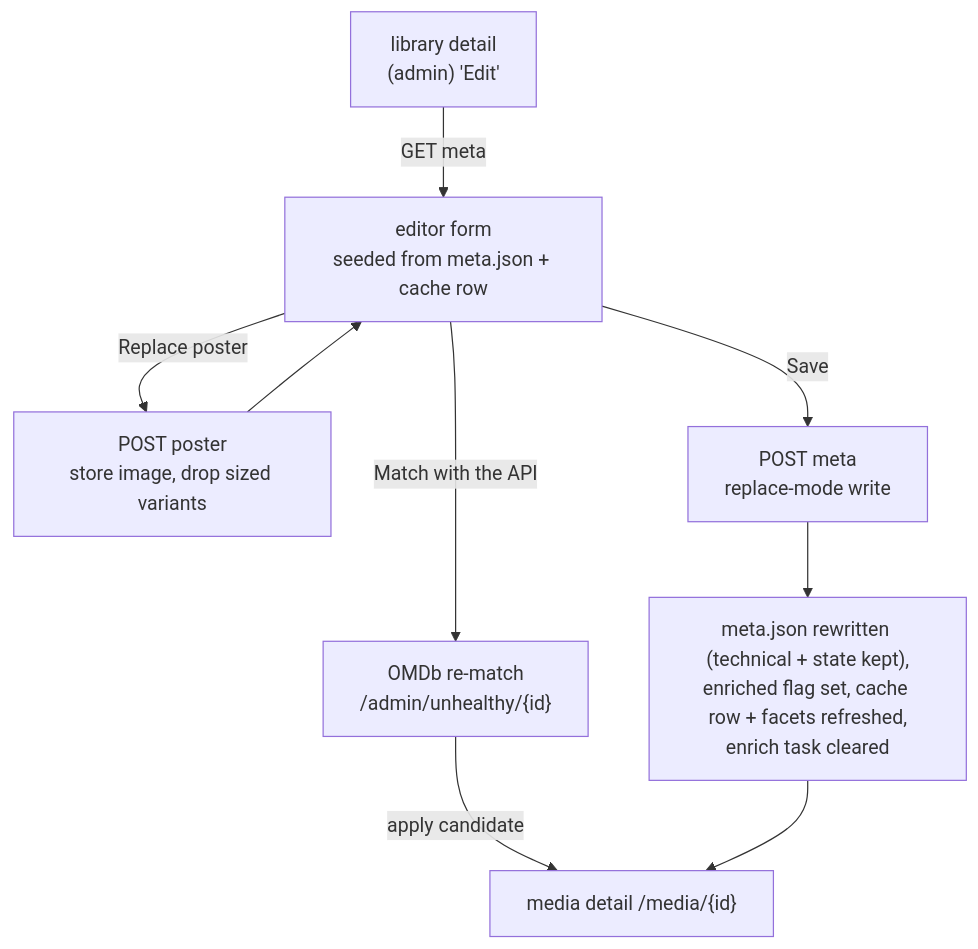
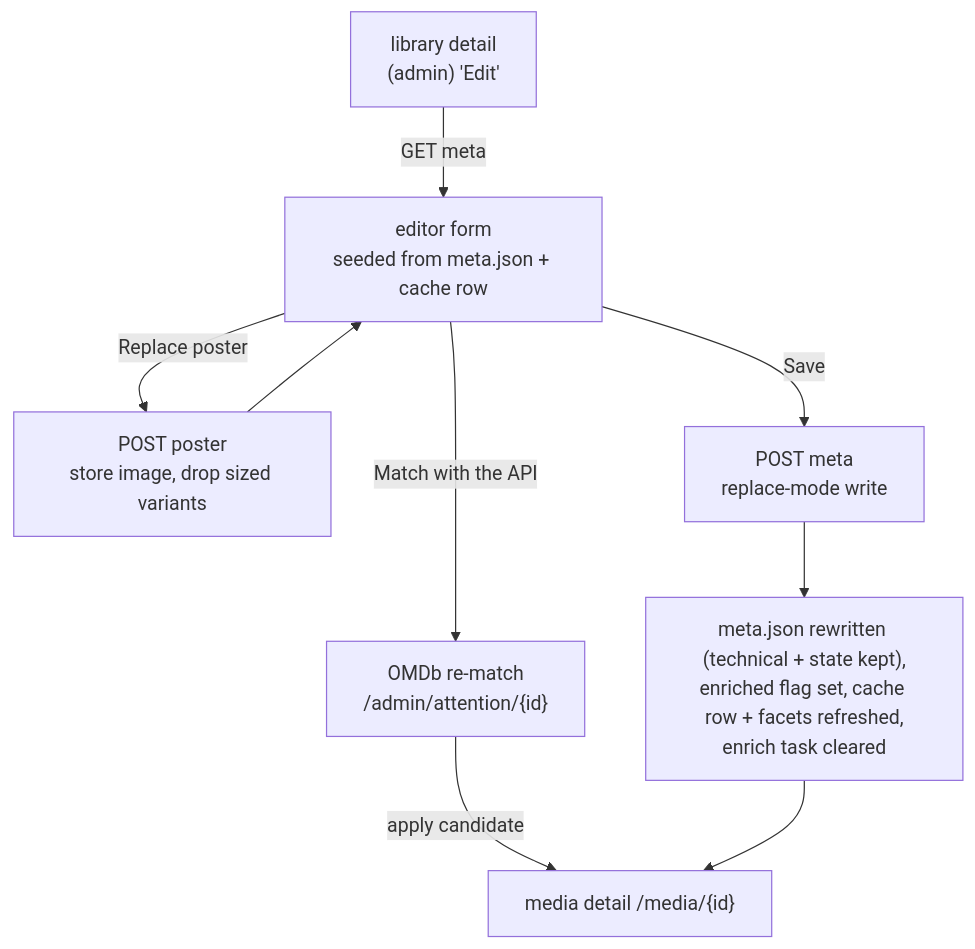
Before and after one commit to xuedi/FileFin: the diagram in docs/metaedit.md, drawn with Mermaid. The commit also changed other lines of this file and 31 other files, not shown here.

````diff
--- a/docs/metaedit.md
+++ b/docs/metaedit.md
@@ -36,11 +36,11 @@
 ```mermaid
 flowchart TD
     D["library detail<br/>(admin) 'Edit'"] -->|GET meta| F["editor form<br/>seeded from meta.json + cache row"]
-    F -->|"Match with the API"| RM["OMDb re-match<br/>/admin/unhealthy/{id}"]
+    F -->|"Match with the API"| RM["OMDb re-match<br/>/admin/attention/{id}"]
     RM -->|apply candidate| DET["media detail /media/{id}"]
     F -->|Replace poster| UP["POST poster<br/>store image, drop sized variants"]
     UP --> F
     F -->|Save| SV["POST meta<br/>replace-mode write"]
     SV --> W["meta.json rewritten (technical + state kept),<br/>enriched flag set, cache row + facets refreshed,<br/>enrich task cleared"]
     W --> DET
 ```
````
